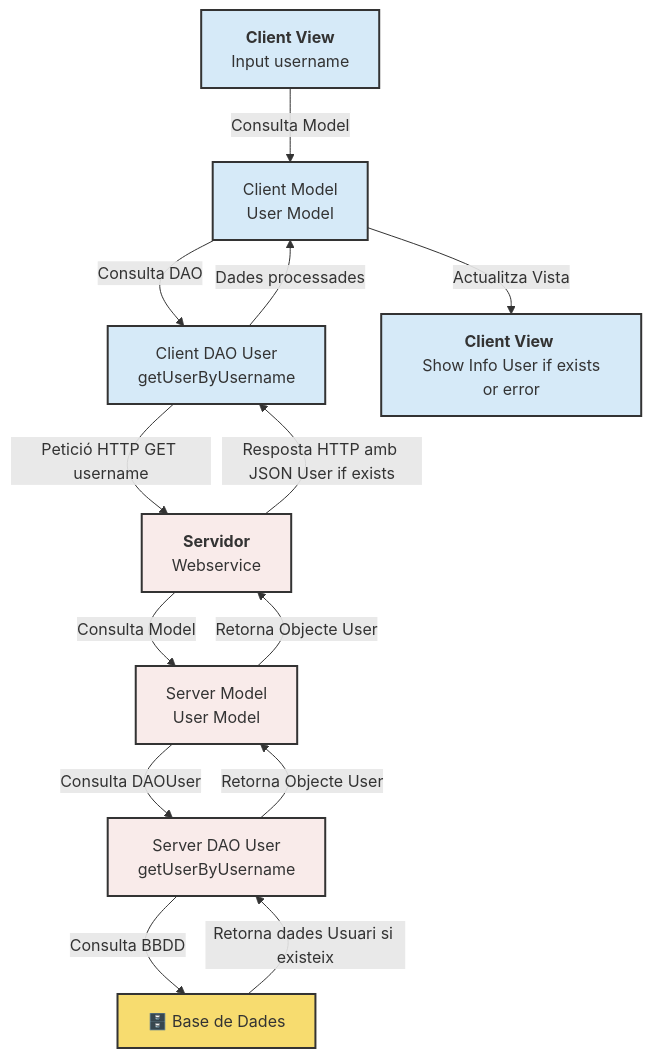
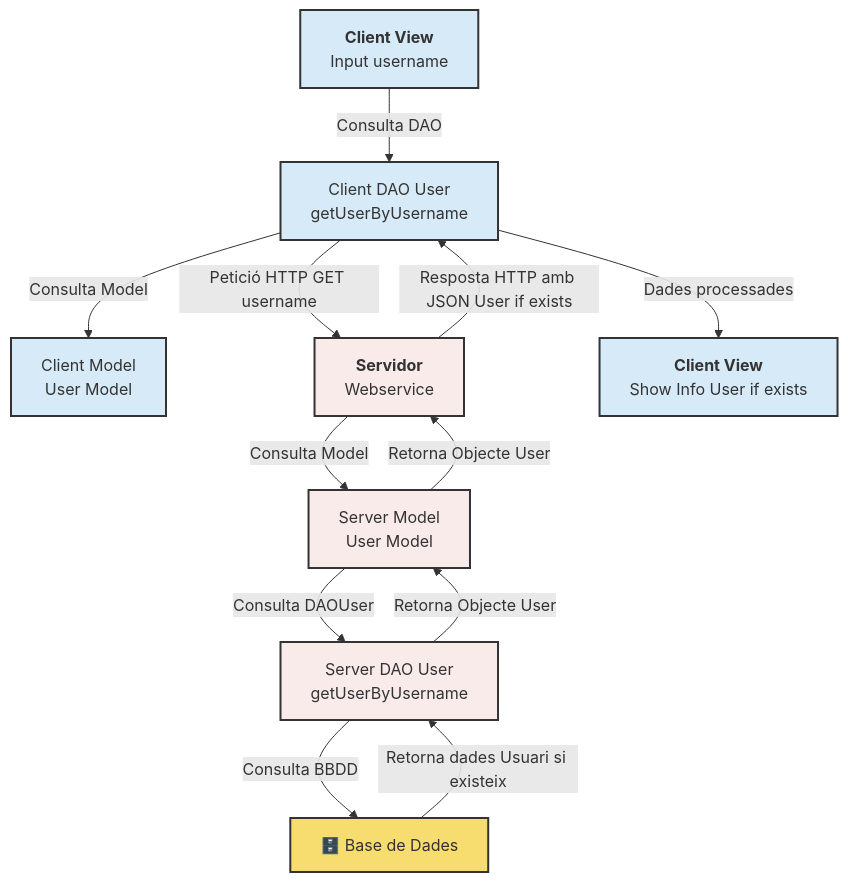
Before and after one commit to amallad2/tapatapp-24-25-public: the diagram in charts/mvcp1extended.mermaid, drawn with Mermaid.

```diff
--- a/charts/mvcp1extended.mermaid
+++ b/charts/mvcp1extended.mermaid
@@ -1,24 +1,23 @@
 flowchart TD
-    A["<b>Client View</b> <br> Input username"] -->|Consulta Model| M["Client Model <br> User Model"]
-    M -->|Consulta DAO| B["Client DAO User<br> getUserByUsername"]
+    A["<b>Client View</b> <br> Input username"] -->|Consulta DAO| B["Client DAO User<br> getUserByUsername"]
+    B -->|Consulta Model| M["Client Model <br> User Model"]
     B -->|Petició HTTP GET username| C["<b>Servidor</b> <br> Webservice"]
     
     C -->|Consulta Model| N["Server Model <br> User Model"]
     N -->|Consulta DAOUser| D["Server DAO User <br> getUserByUsername"]
     D -->|Consulta BBDD| DB["🗄️ Base de Dades"]
     
     DB -->|Retorna dades Usuari si existeix| D
     D -->|Retorna Objecte User| N
     N -->|Retorna Objecte User| C
     
     C -->|Resposta HTTP amb JSON User if exists| B
-    B -->|Dades processades| M
-    M -->|Actualitza Vista| F["<b>Client View</b> <br> Show Info User if exists or error"]
+    B -->|Dades processades| F["<b>Client View</b> <br> Show Info User if exists"]
     
     classDef client fill:#D6EAF8,stroke:#333,stroke-width:2px;
     classDef server fill:#F9EBEA,stroke:#333,stroke-width:2px;
     classDef db fill:#F7DC6F,stroke:#333,stroke-width:2px;
     
-    class A,M,B,F client;
+    class A,B,M,F client;
     class C,N,D server;
     class DB db;
```
